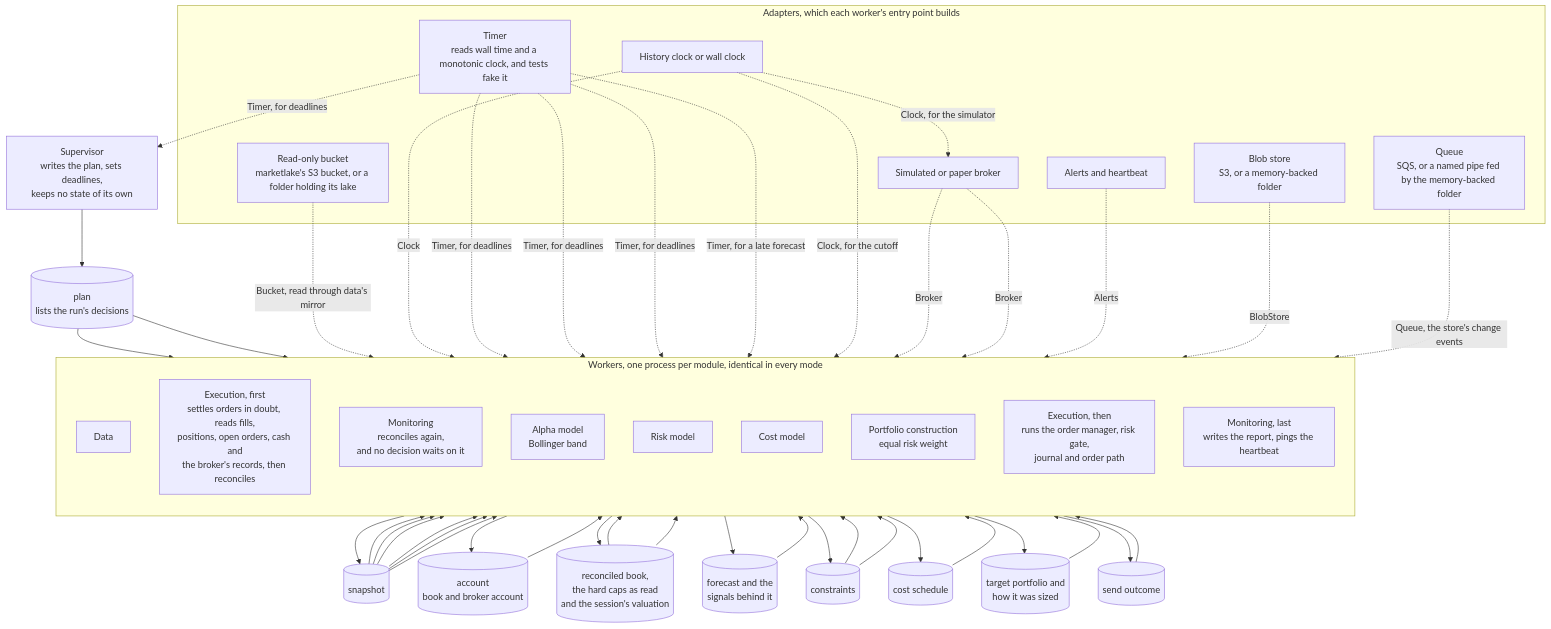
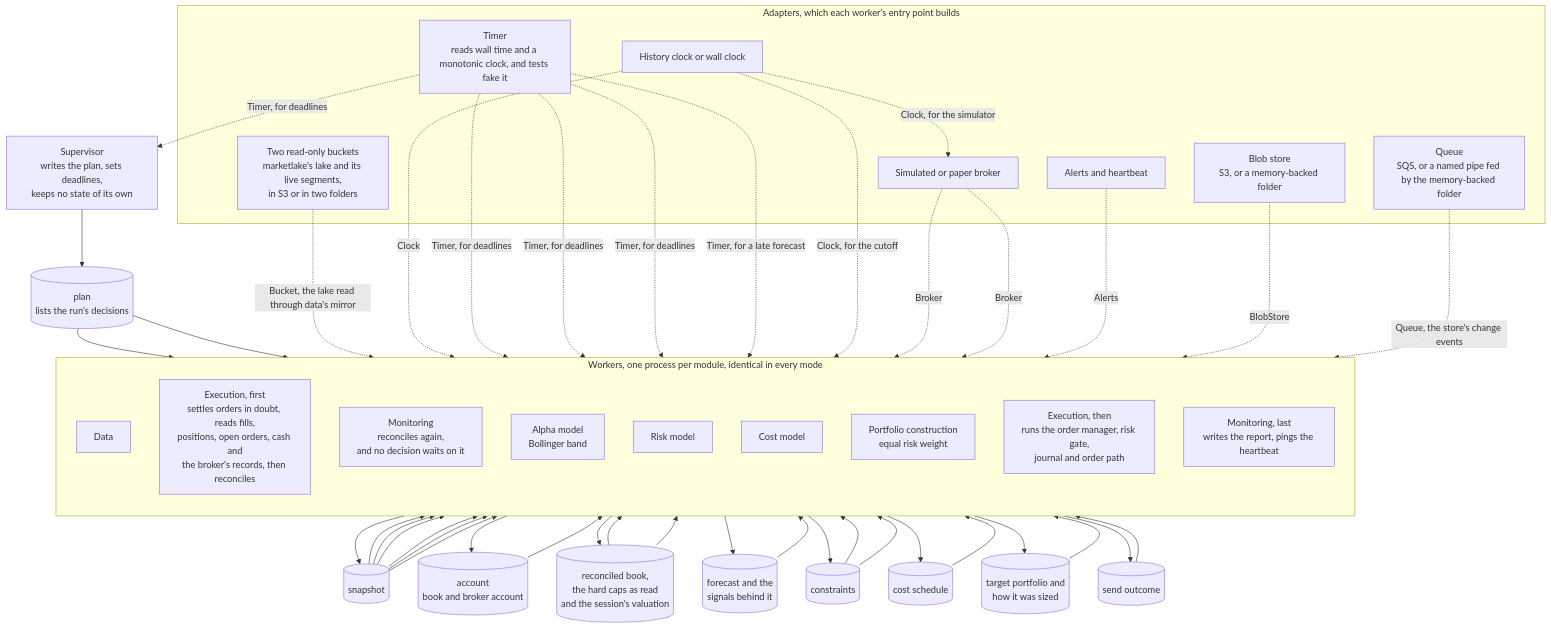
Before and after one commit to l3a0/ithildin-runtime: the first of 10 diagrams in docs/architecture/05-building-blocks.md, drawn with Mermaid. The commit also changed other lines of this file and 60 other files, not shown here.

First line of the commit message:
feat(data): read the day's quotes before marketlake seals it

````diff
--- a/docs/architecture/05-building-blocks.md
+++ b/docs/architecture/05-building-blocks.md
@@ -57,73 +57,73 @@
 ```mermaid
 flowchart TB
     sup["Supervisor<br/>writes the plan, sets deadlines,<br/>keeps no state of its own"]
     plan[("plan<br/>lists the run's decisions")]
     sup --> plan
 
     subgraph workers["Workers, one process per module, identical in every mode"]
         direction TB
         data["Data"]
         exec_recover["Execution, first<br/>settles orders in doubt, reads fills,<br/>positions, open orders, cash and<br/>the broker's records, then reconciles"]
         mon_recon["Monitoring<br/>reconciles again,<br/>and no decision waits on it"]
         alpha["Alpha model<br/>Bollinger band"]
         risk["Risk model"]
         cost["Cost model"]
         pc["Portfolio construction<br/>equal risk weight"]
         exec_send["Execution, then<br/>runs the order manager, risk gate,<br/>journal and order path"]
         mon_report["Monitoring, last<br/>writes the report, pings the heartbeat"]
     end
 
     snap[("snapshot")]
     acct[("account<br/>book and broker account")]
     book[("reconciled book,<br/>the hard caps as read<br/>and the session's valuation")]
     fc[("forecast and the<br/>signals behind it")]
     cons[("constraints")]
     sched[("cost schedule")]
     target[("target portfolio and<br/>how it was sized")]
     outcome[("send outcome")]
 
     plan --> data
     plan --> exec_recover
     snap --> exec_recover
     data --> snap
     exec_recover --> acct --> mon_recon
     exec_recover --> book
     snap --> alpha --> fc
     snap --> risk
     book --> risk --> cons
     snap --> cost --> sched
     snap --> pc
     fc --> pc
     cons --> pc
     sched --> pc
     book --> pc --> target
     target --> exec_send
     cons --> exec_send
     snap --> exec_send
     exec_send --> outcome --> mon_report
 
     subgraph adapters["Adapters, which each worker's entry point builds"]
-        lakesrc["Read-only bucket<br/>marketlake's S3 bucket, or a folder holding its lake"]
+        lakesrc["Two read-only buckets<br/>marketlake's lake and its live segments,<br/>in S3 or in two folders"]
         clock["History clock or wall clock"]
         timer["Timer<br/>reads wall time and a monotonic clock, and tests fake it"]
         broker["Simulated or paper broker"]
         store["Blob store<br/>S3, or a memory-backed folder"]
         alertsink["Alerts and heartbeat"]
         queue["Queue<br/>SQS, or a named pipe fed by the memory-backed folder"]
     end
 
-    lakesrc -. "Bucket, read through data's mirror" .-> data
+    lakesrc -. "Bucket, the lake read through data's mirror" .-> data
     clock -. "Clock" .-> data
     timer -. "Timer, for deadlines" .-> sup
     timer -. "Timer, for deadlines" .-> mon_report
     timer -. "Timer, for deadlines" .-> exec_recover
     timer -. "Timer, for deadlines" .-> exec_send
     timer -. "Timer, for a late forecast" .-> pc
     clock -. "Clock, for the cutoff" .-> exec_send
     clock -. "Clock, for the simulator" .-> broker
     broker -. "Broker" .-> exec_recover
     broker -. "Broker" .-> exec_send
     store -. "BlobStore" .-> workers
     alertsink -. "Alerts" .-> mon_report
         queue -. "Queue, the store's change events" .-> workers
 ```
````
